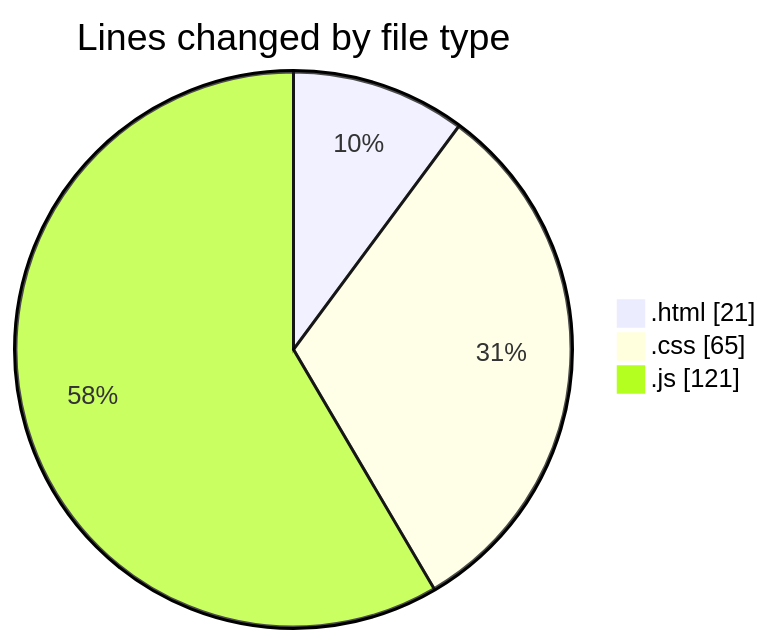
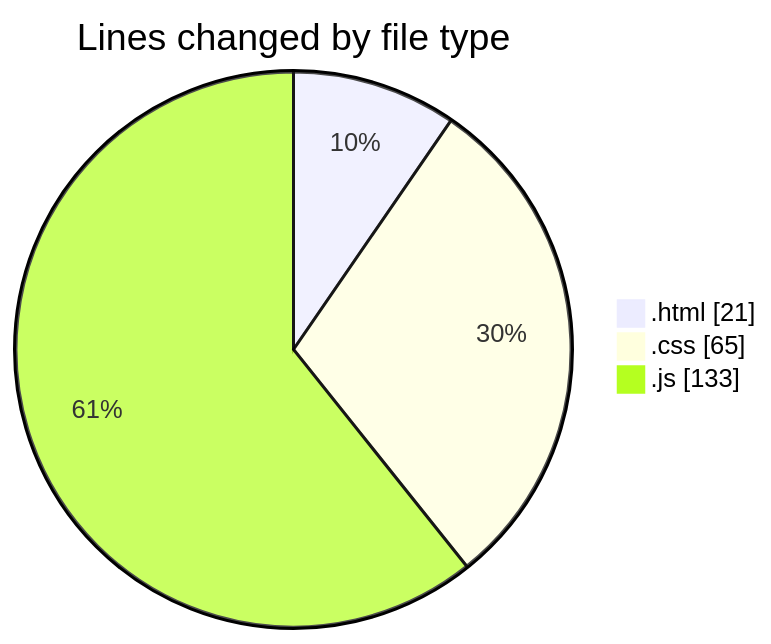
The first of 2 diagrams in 2025-03-03/snake-game/README.md (robertbonfada/code-tracking), drawn with Mermaid before and after one commit. The commit also changed other lines of this file and 1 other file, not shown here.

````diff
--- a/2025-03-03/snake-game/README.md
+++ b/2025-03-03/snake-game/README.md
@@ -22,7 +22,7 @@
 ```mermaid
 pie showData
 title Lines changed by file type
 ".html" : 21
 ".css" : 65
-".js" : 121
+".js" : 133
 ```
````
